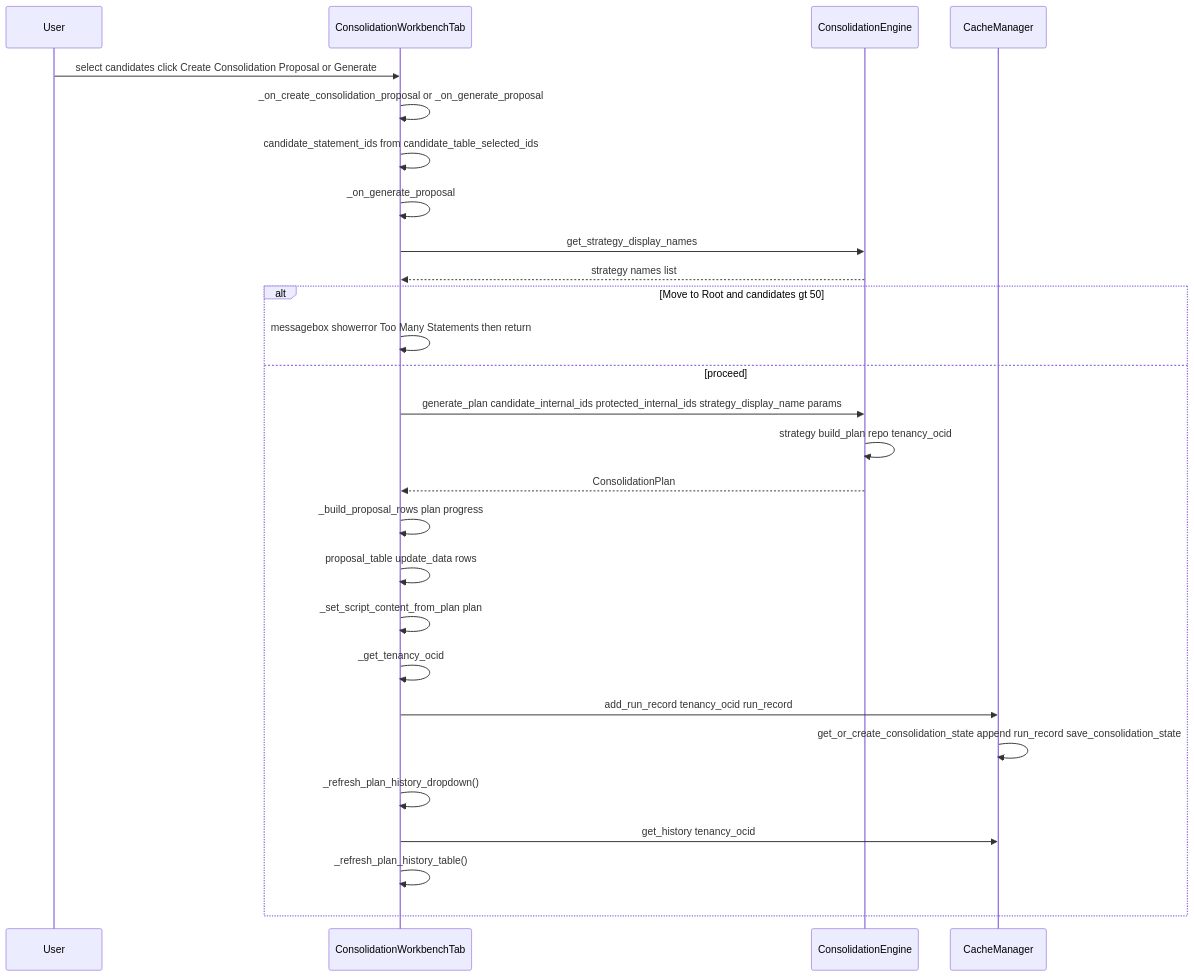
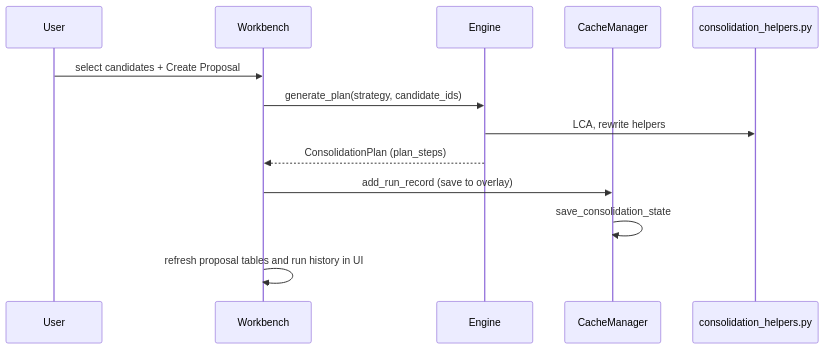
Diagram 12 of 12 in docs/context/project/CONTEXT_policy_consolidation.md (agregory999/oci-policy-analysis), drawn with Mermaid before and after one commit. The commit also changed other lines of this file and 24 other files, not shown here.

Commit message:
fix: new consolidation strategy and docs

````diff
--- a/docs/context/project/CONTEXT_policy_consolidation.md
+++ b/docs/context/project/CONTEXT_policy_consolidation.md
@@ -324,31 +434,15 @@
 ```mermaid
 sequenceDiagram
     participant User
-    participant Workbench as ConsolidationWorkbenchTab
-    participant Engine as ConsolidationEngine
+    participant Workbench
+    participant Engine
     participant Cache as CacheManager
 
-    User->>Workbench: select candidates click Create Consolidation Proposal or Generate
-    Workbench->>Workbench: _on_create_consolidation_proposal or _on_generate_proposal
-    Workbench->>Workbench: candidate_statement_ids from candidate_table_selected_ids
-    Workbench->>Workbench: _on_generate_proposal
-    Workbench->>Engine: get_strategy_display_names
-    Engine-->>Workbench: strategy names list
-    alt Move to Root and candidates gt 50
-        Workbench->>Workbench: messagebox showerror Too Many Statements then return
-    else proceed
-        Workbench->>Engine: generate_plan candidate_internal_ids protected_internal_ids strategy_display_name params
-        Engine->>Engine: strategy build_plan repo tenancy_ocid
-        Engine-->>Workbench: ConsolidationPlan
-
-        Workbench->>Workbench: _build_proposal_rows plan progress
-        Workbench->>Workbench: proposal_table update_data rows
-        Workbench->>Workbench: _set_script_content_from_plan plan
-        Workbench->>Workbench: _get_tenancy_ocid
-        Workbench->>Cache: add_run_record tenancy_ocid run_record
-        Cache->>Cache: get_or_create_consolidation_state append run_record save_consolidation_state
-        Workbench->>Workbench: _refresh_plan_history_dropdown()
-        Workbench->>Cache: get_history tenancy_ocid
-        Workbench->>Workbench: _refresh_plan_history_table()
-    end
+    User->>Workbench: select candidates + Create Proposal
+    Workbench->>Engine: generate_plan(strategy, candidate_ids)
+    Engine->>consolidation_helpers.py: LCA, rewrite helpers
+    Engine-->>Workbench: ConsolidationPlan (plan_steps)
+    Workbench->>Cache: add_run_record (save to overlay)
+    Cache->>Cache: save_consolidation_state
+    Workbench->>Workbench: refresh proposal tables and run history in UI
 ```
````
